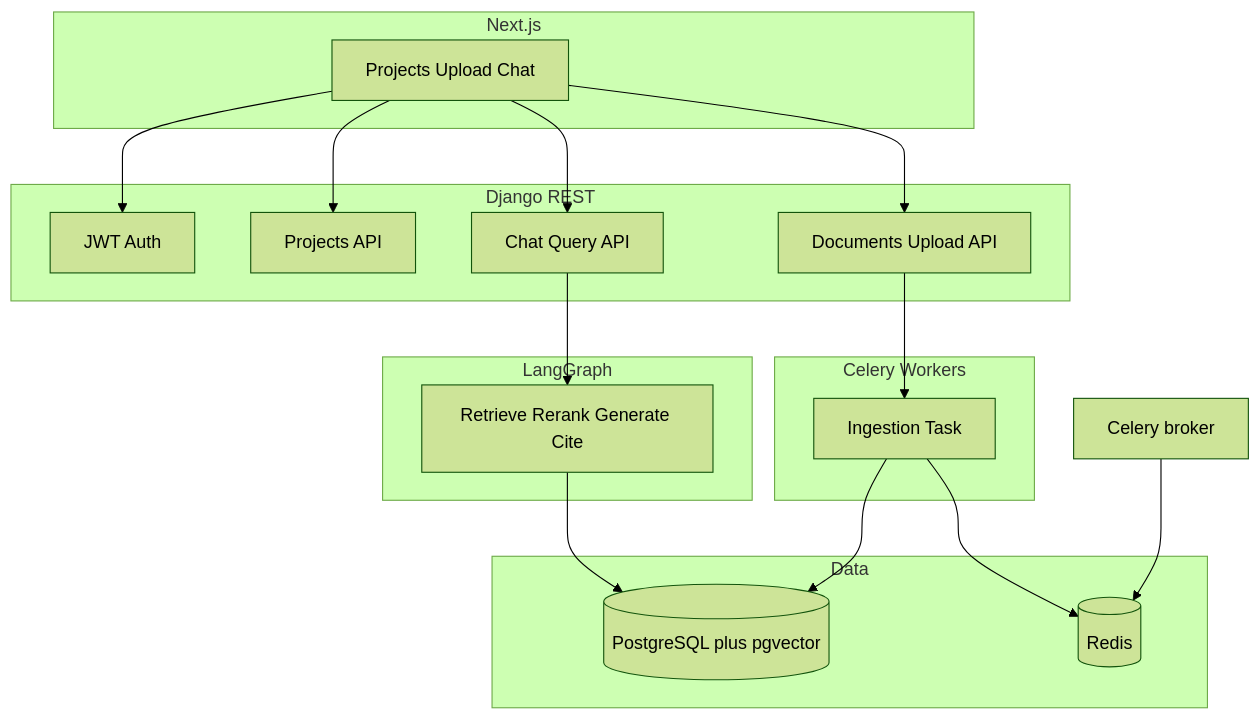
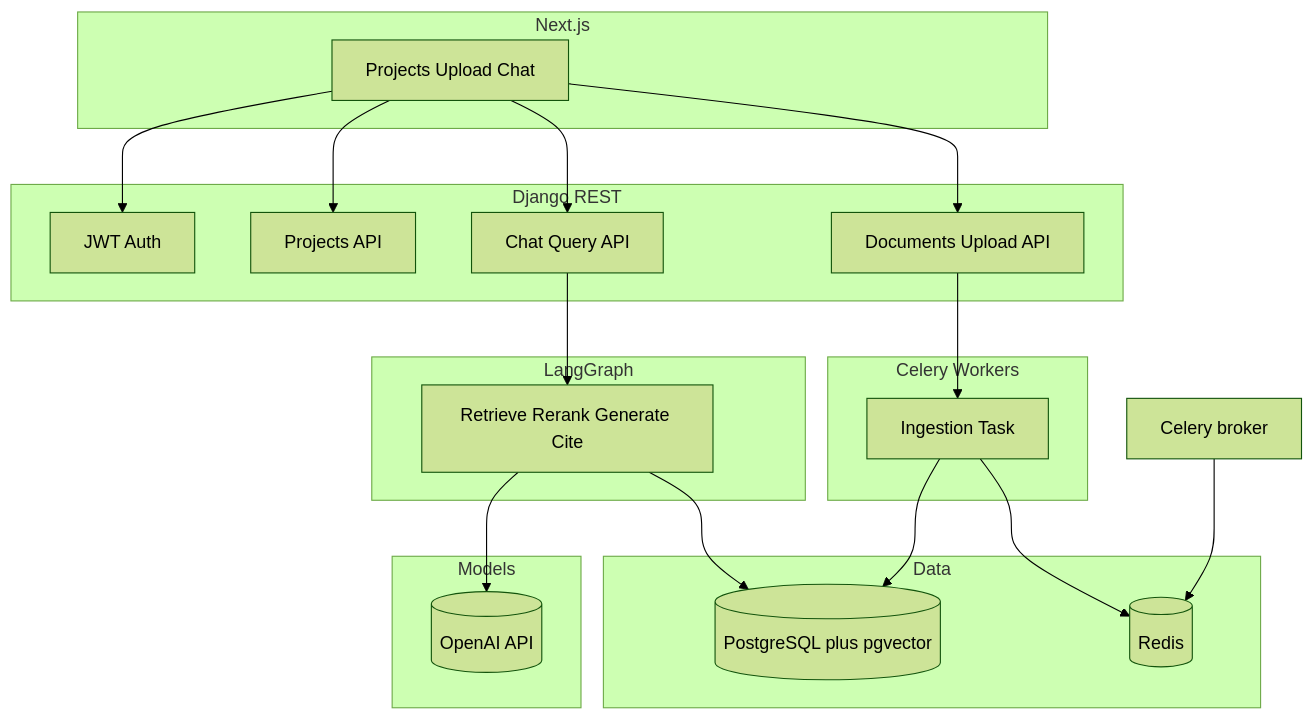
Before and after one commit to behaylugule/ASE2026: the diagram in plans/langgraph_rag_assistant_29a80699.plan.md, drawn with Mermaid (forest theme). The commit also changed other lines of this file and 79 other files, not shown here.

````diff
--- a/plans/langgraph_rag_assistant_29a80699.plan.md
+++ b/plans/langgraph_rag_assistant_29a80699.plan.md
@@ -41,32 +41,36 @@
 ```mermaid
 flowchart TB
   subgraph client [Next.js]
     UI[Projects Upload Chat]
   end
   subgraph api [Django REST]
     Auth[JWT Auth]
     Proj[Projects API]
     Docs[Documents Upload API]
     Chat[Chat Query API]
   end
   subgraph workers [Celery Workers]
     Ingest[Ingestion Task]
   end
+  subgraph models [Models]
+    OpenAI[(OpenAI API)]
+  end
   subgraph data [Data]
     PG[(PostgreSQL plus pgvector)]
     Redis[(Redis)]
   end
   subgraph brain [LangGraph]
     LG[Retrieve Rerank Generate Cite]
   end
   UI --> Auth
   UI --> Proj
   UI --> Docs
   UI --> Chat
   Chat --> LG
   LG --> PG
+  LG --> OpenAI
   Docs --> Ingest
   Ingest --> PG
   Ingest --> Redis
   CeleryBridge[Celery broker] --> Redis
 ```
````
